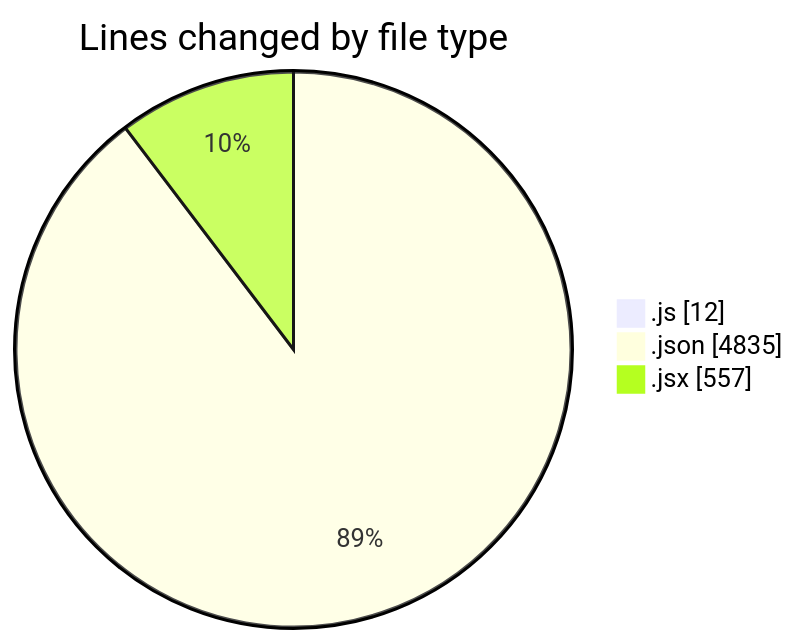
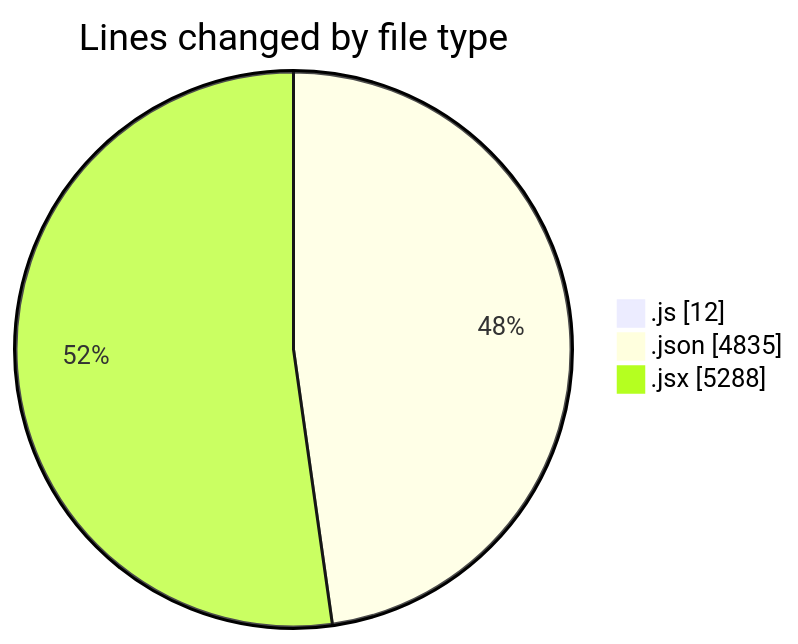
Before and after one commit to nxtqubesakshisongat/code-tracking: the first of 2 diagrams in 2026-11-21/nashik-misal-queue/README.md, drawn with Mermaid. The commit also changed other lines of this file and 1 other file, not shown here.

````diff
--- a/2026-11-21/nashik-misal-queue/README.md
+++ b/2026-11-21/nashik-misal-queue/README.md
@@ -26,7 +30,7 @@
 ```mermaid
 pie showData
 title Lines changed by file type
 ".js" : 12
 ".json" : 4835
-".jsx" : 557
+".jsx" : 5288
 ```
````
